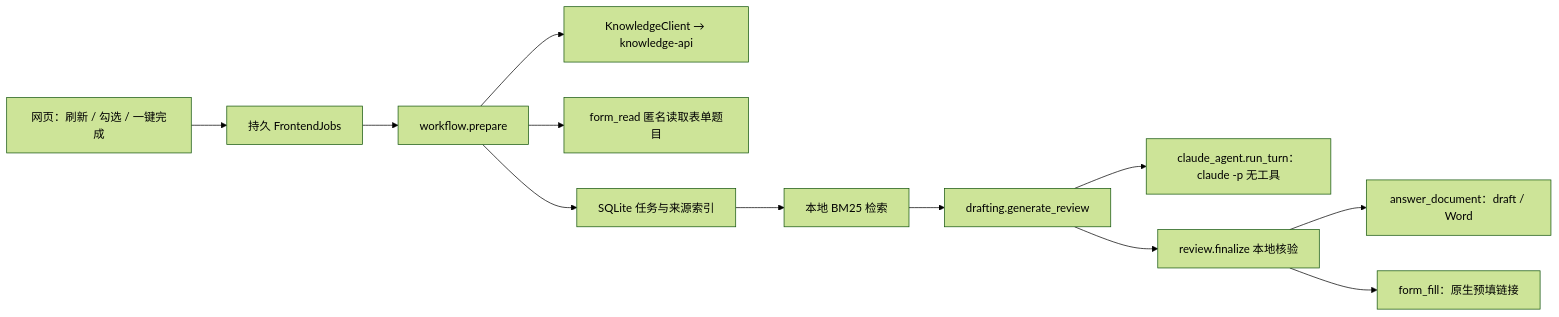
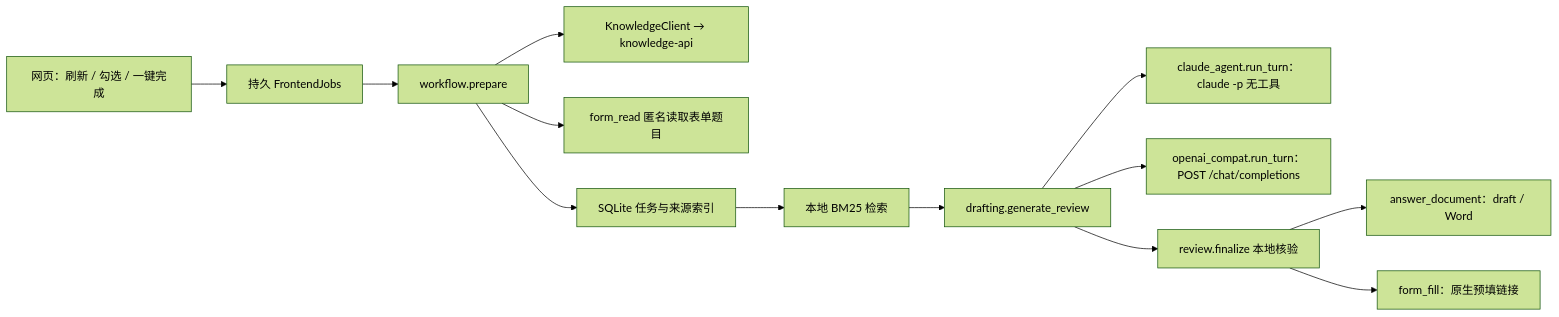
The diagram in docs/architecture.md (shu2223/classroomautowork), drawn with Mermaid (forest theme) before and after one commit. The commit also changed other lines of this file and 18 other files, not shown here.

````diff
--- a/docs/architecture.md
+++ b/docs/architecture.md
@@ -3,14 +3,15 @@
 ```mermaid
 flowchart LR
   UI[网页：刷新 / 勾选 / 一键完成] --> J[持久 FrontendJobs]
   J --> W[workflow.prepare]
   W --> K[KnowledgeClient → knowledge-api]
   W --> FR[form_read 匿名读取表单题目]
   W --> T[SQLite 任务与来源索引]
   T --> R[本地 BM25 检索]
   R --> D[drafting.generate_review]
   D --> C[claude_agent.run_turn：claude -p 无工具]
+  D --> O[openai_compat.run_turn：POST /chat/completions]
   D --> V[review.finalize 本地核验]
   V --> A[answer_document：draft / Word]
   V --> FF[form_fill：原生预填链接]
 ```
````
